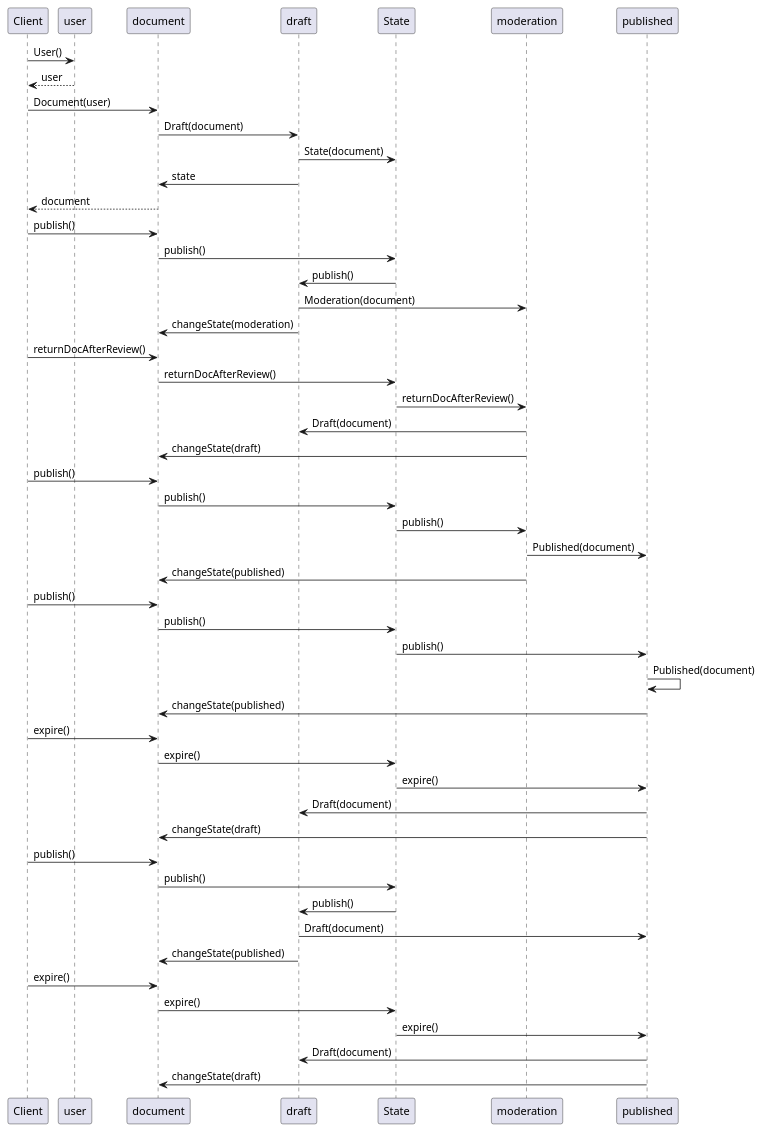
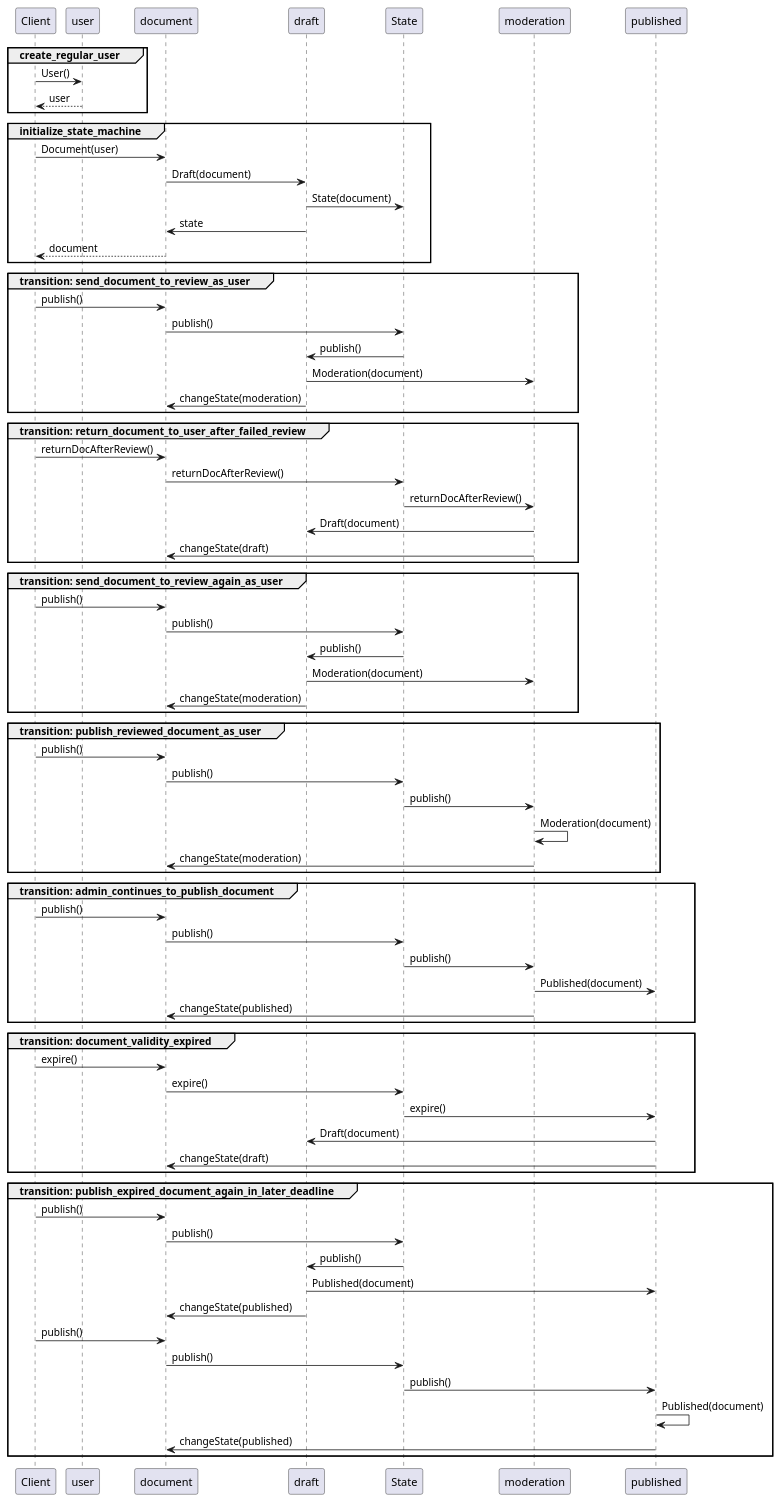
Before and after one commit to kyberdrb/CLionProjects: the diagram in state_design_pattern/state_design_pattern-document-sequence_diagram.puml, drawn with PlantUML. The commit also changed 7 other files, not shown here.

Commit message:
State design pattern: finalize sequence diagram

```diff
--- a/state_design_pattern/state_design_pattern-document-sequence_diagram.puml
+++ b/state_design_pattern/state_design_pattern-document-sequence_diagram.puml
@@ -1,72 +1,84 @@
 @startuml
 'https://plantuml.com/sequence-diagram
 
 'autonumber
 
-Client -> user: User()
-user --> Client: user
+group create_regular_user
+    Client -> user: User()
+    user --> Client: user
+end
 
-Client -> document: Document(user)
-document -> draft: Draft(document)
-draft -> State: State(document)
-draft -> document: state
-document --> Client: document
+group initialize_state_machine
+    Client -> document: Document(user)
+    document -> draft: Draft(document)
+    draft -> State: State(document)
+    draft -> document: state
+    document --> Client: document
+end
 
-'TODO add divider, e.g. '---', more free vertical space, ...
+group transition: send_document_to_review_as_user
+    Client -> document: publish()
+    document -> State: publish()
+    State -> draft: publish()
+    draft -> moderation: Moderation(document)
+    draft -> document: changeState(moderation)
+end
 
-Client -> document: publish()
-document -> State: publish()
-State -> draft: publish()
-draft -> moderation: Moderation(document)
-draft -> document: changeState(moderation)
+group transition: return_document_to_user_after_failed_review
+    Client -> document: returnDocAfterReview()
+    document -> State: returnDocAfterReview()
+    State -> moderation: returnDocAfterReview()
+    moderation -> draft: Draft(document)
+    moderation -> document: changeState(draft)
+end
 
-'TODO add divider, e.g. '---', more free vertical space, ...
+group transition: send_document_to_review_again_as_user
+    Client -> document: publish()
+    document -> State: publish()
+    State -> draft: publish()
+    draft -> moderation: Moderation(document)
+    draft -> document: changeState(moderation)
+end
 
-Client -> document: returnDocAfterReview()
-document -> State: returnDocAfterReview()
-State -> moderation: returnDocAfterReview()
-moderation -> draft: Draft(document)
-moderation -> document: changeState(draft)
-
-'TODO add divider, e.g. '---', more free vertical space, ...
-
-Client -> document: publish()
-document -> State: publish()
-State -> moderation: publish()
-moderation -> published: Published(document)
-moderation -> document: changeState(published)
-
-'TODO add divider, e.g. '---', more free vertical space, ...
-
-Client -> document: publish()
-document -> State: publish()
-State -> published: publish()
-published -> published: Published(document)
-published -> document: changeState(published)
-
-'TODO add divider, e.g. '---', more free vertical space, ...
-
-Client -> document: expire()
-document -> State: expire()
-State -> published: expire()
-published -> draft: Draft(document)
-published -> document: changeState(draft)
+group transition: publish_reviewed_document_as_user
+    Client -> document: publish()
+    document -> State: publish()
+    State -> moderation: publish()
+    moderation -> moderation: Moderation(document)
+    moderation -> document: changeState(moderation)
+end
 
 ' PUBLISHING DOCUMENT AS ADMIN
 'TODO add divider, e.g. '---', more free vertical space, ...
 
-Client -> document: publish()
-document -> State: publish()
-State -> draft: publish()
-draft -> published: Draft(document)
-draft -> document: changeState(published)
+group transition: admin_continues_to_publish_document
+    Client -> document: publish()
+    document -> State: publish()
+    State -> moderation: publish()
+    moderation -> published: Published(document)
+    moderation -> document: changeState(published)
+end
 
-'TODO add divider, e.g. '---', more free vertical space, ...
+group transition: document_validity_expired
+    Client -> document: expire()
+    document -> State: expire()
+    State -> published: expire()
+    published -> draft: Draft(document)
+    published -> document: changeState(draft)
+end
 
-Client -> document: expire()
-document -> State: expire()
-State -> published: expire()
-published -> draft: Draft(document)
-published -> document: changeState(draft)
+group transition: publish_expired_document_again_in_later_deadline
+    Client -> document: publish()
+    document -> State: publish()
+    State -> draft: publish()
+    draft -> published: Published(document)
+    draft -> document: changeState(published)
+
+    Client -> document: publish()
+    document -> State: publish()
+    State -> published: publish()
+    published -> published: Published(document)
+    published -> document: changeState(published)
+end
 
 @enduml
```
